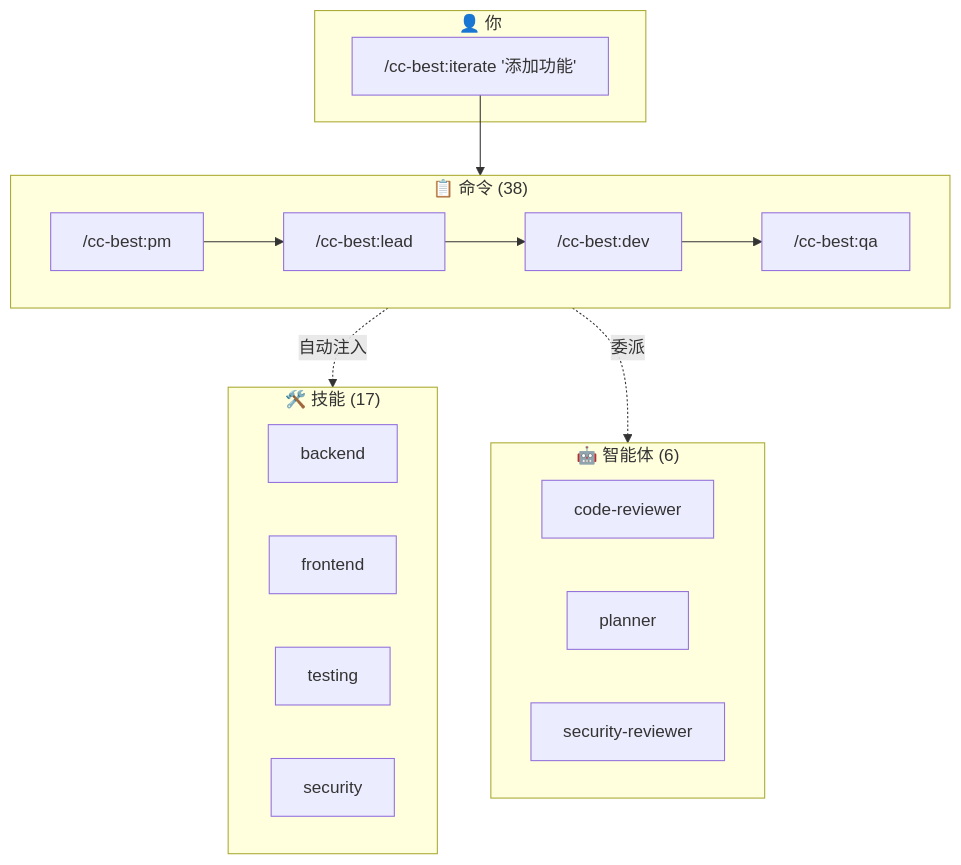
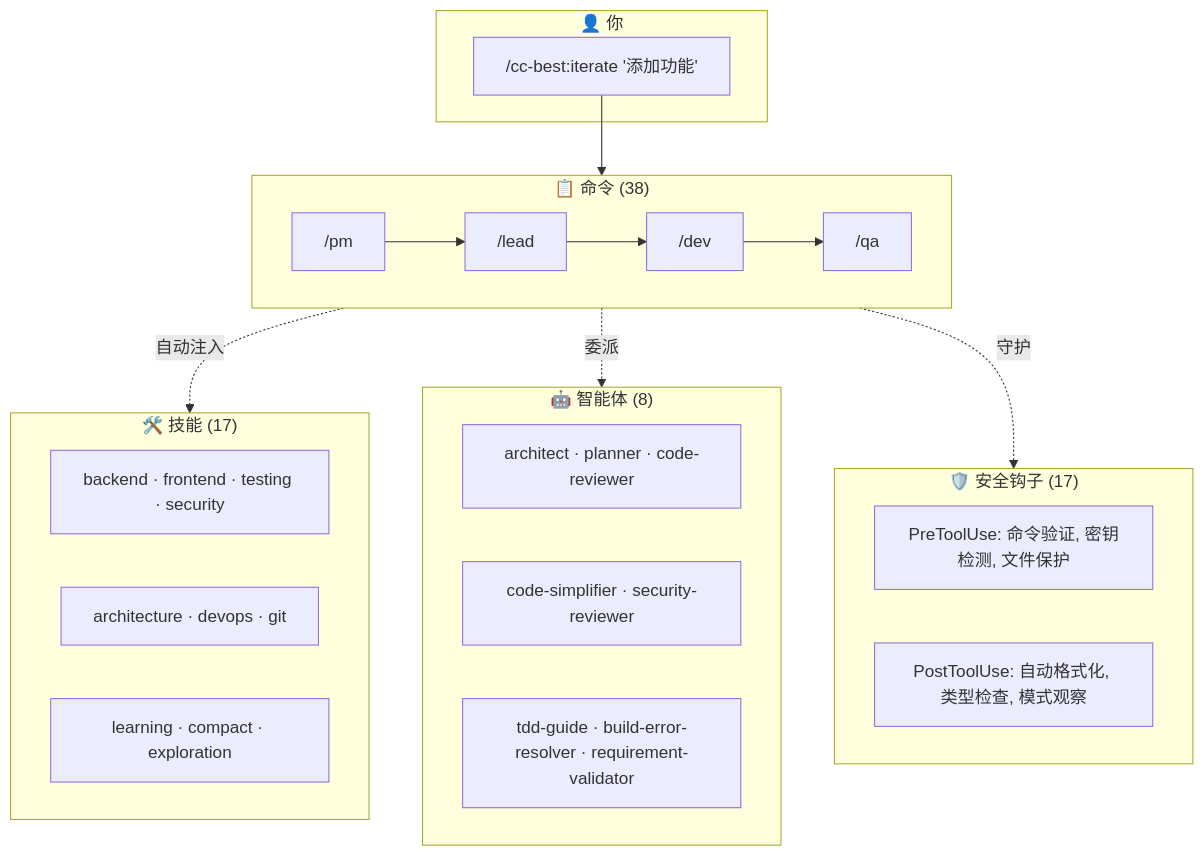
Before and after one commit to xiaobei930/cc-best: the second of 2 diagrams in README.zh-CN.md, drawn with Mermaid. The commit also changed other lines of this file and 17 other files, not shown here.

````diff
--- a/README.zh-CN.md
+++ b/README.zh-CN.md
@@ -260,27 +352,32 @@
 ```mermaid
 flowchart TB
     subgraph User["👤 你"]
         CMD["/cc-best:iterate '添加功能'"]
     end
 
     subgraph Commands["📋 命令 (38)"]
-        PM["/cc-best:pm"] --> Lead["/cc-best:lead"] --> Dev["/cc-best:dev"] --> QA["/cc-best:qa"]
+        PM["/pm"] --> Lead["/lead"] --> Dev["/dev"] --> QA["/qa"]
     end
 
     subgraph Skills["🛠️ 技能 (17)"]
-        S1["backend"]
-        S2["frontend"]
-        S3["testing"]
-        S4["security"]
+        S1["backend · frontend · testing · security"]
+        S2["architecture · devops · git"]
+        S3["learning · compact · exploration"]
     end
 
-    subgraph Agents["🤖 智能体 (6)"]
-        A1["code-reviewer"]
-        A2["planner"]
-        A3["security-reviewer"]
+    subgraph Agents["🤖 智能体 (8)"]
+        A1["architect · planner · code-reviewer"]
+        A2["code-simplifier · security-reviewer"]
+        A3["tdd-guide · build-error-resolver · requirement-validator"]
+    end
+
+    subgraph Safety["🛡️ 安全钩子 (17)"]
+        H1["PreToolUse: 命令验证, 密钥检测, 文件保护"]
+        H2["PostToolUse: 自动格式化, 类型检查, 模式观察"]
     end
 
     CMD --> Commands
     Commands -.->|"自动注入"| Skills
     Commands -.->|"委派"| Agents
+    Commands -.->|"守护"| Safety
 ```
````
